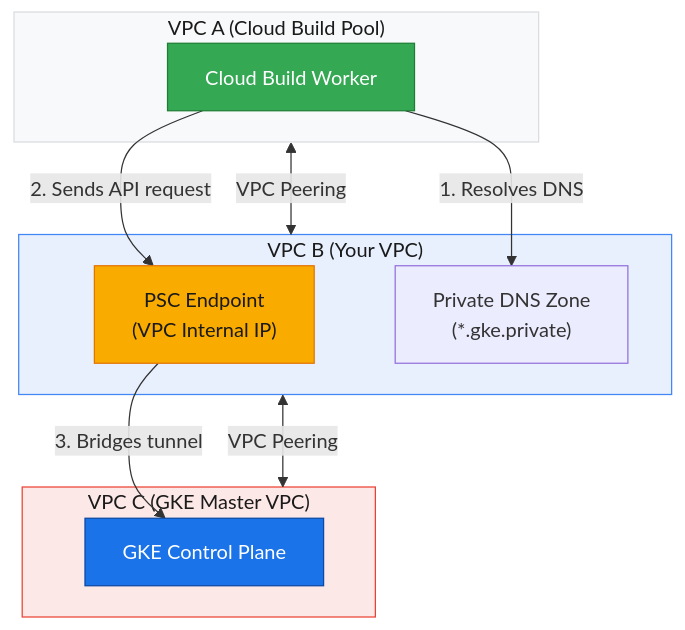
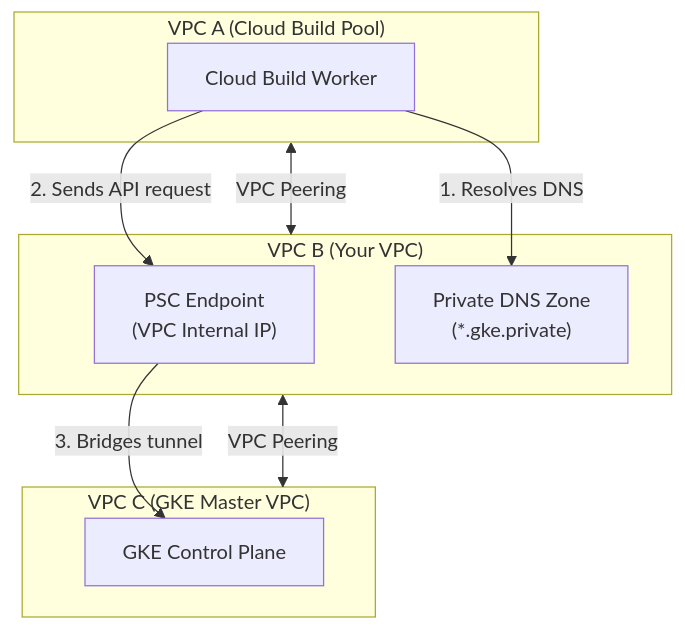
One commit to Rohit1024/portfolio changed the second of 2 diagrams in src/content/blog/cicd-private-gke-dns/index.mdx. Above: the diagram before and after it, drawn with Mermaid. The commit also changed other lines of this file, not shown here.

Commit message:
Update src/content/blog/cicd-private-gke-dns

````diff
--- a/src/content/blog/cicd-private-gke-dns/index.mdx
+++ b/src/content/blog/cicd-private-gke-dns/index.mdx
@@ -45,26 +45,19 @@
 ```mermaid
 graph TD
     subgraph VPCA ["VPC A (Cloud Build Pool)"]
         CB["Cloud Build Worker"]
     end
     subgraph VPCB ["VPC B (Your VPC)"]
         PSC["PSC Endpoint<br/>(VPC Internal IP)"]
         DNS["Private DNS Zone<br/>(*.gke.private)"]
     end
     subgraph VPCC ["VPC C (GKE Master VPC)"]
         GKE["GKE Control Plane"]
     end
     
     VPCA <-->|"VPC Peering"| VPCB
     VPCB <-->|"VPC Peering"| VPCC
     CB -->|"1. Resolves DNS"| DNS
     CB -->|"2. Sends API request"| PSC
     PSC -->|"3. Bridges tunnel"| GKE
-    
-    style VPCA fill:#F8F9FA,stroke:#DADCE0,color:#1a1a1a
-    style VPCB fill:#E8F0FE,stroke:#4285F4,color:#1a1a1a
-    style VPCC fill:#FCE8E6,stroke:#EA4335,color:#1a1a1a
-    style CB fill:#34A853,stroke:#1E7E34,color:#fff
-    style GKE fill:#1A73E8,stroke:#0D47A1,color:#fff
-    style PSC fill:#F9AB00,stroke:#E37400,color:#1a1a1a
 ```
````
